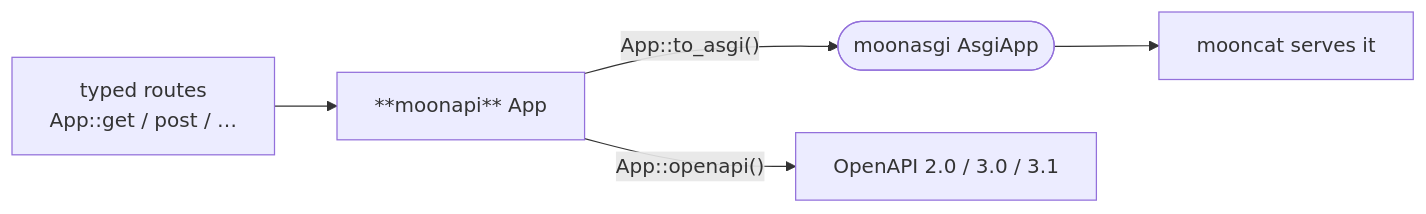
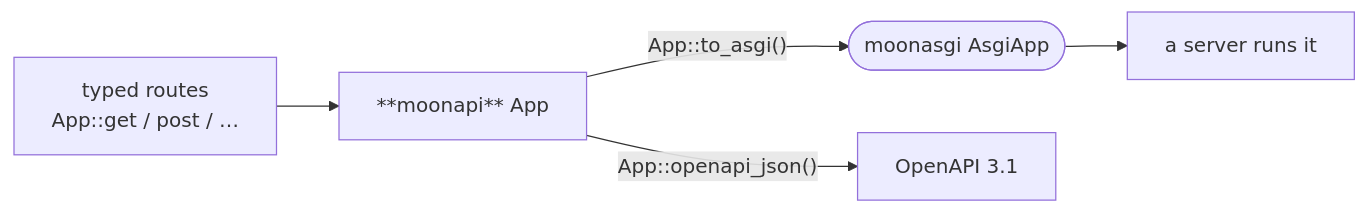
The diagram in README.md (moonbitstack/moonapi), drawn with Mermaid before and after one commit. The commit also changed other lines of this file and 20 other files, not shown here.

````diff
--- a/README.md
+++ b/README.md
@@ -17,7 +18,7 @@
 ```mermaid
 flowchart LR
   routes["typed routes<br/>App::get / post / …"] --> app["**moonapi** App"]
   app -->|"App::to_asgi()"| asgi(["moonasgi AsgiApp"])
-  app -->|"App::openapi()"| spec["OpenAPI 2.0 / 3.0 / 3.1"]
-  asgi --> cat["mooncat serves it"]
+  app -->|"App::openapi_json()"| spec["OpenAPI 3.1"]
+  asgi --> cat["a server runs it"]
 ```
````
